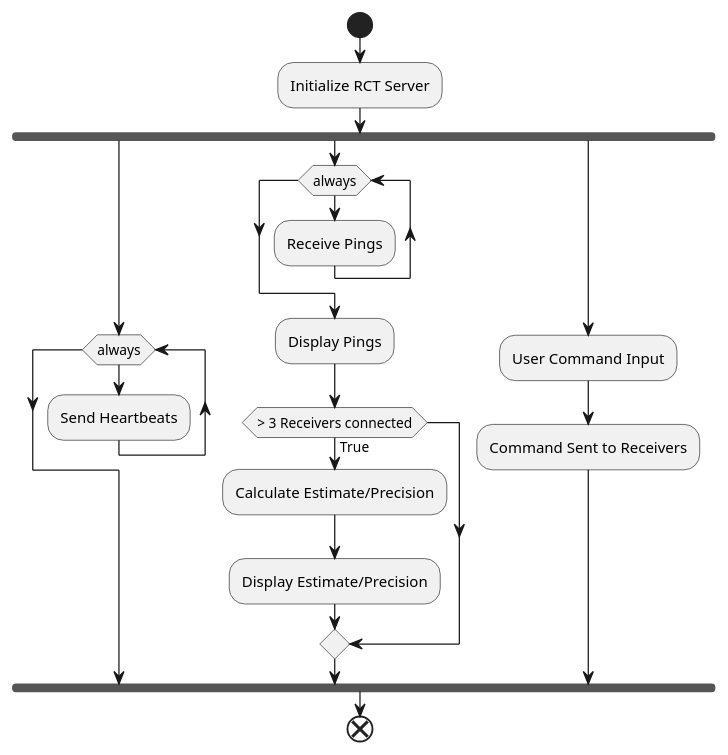
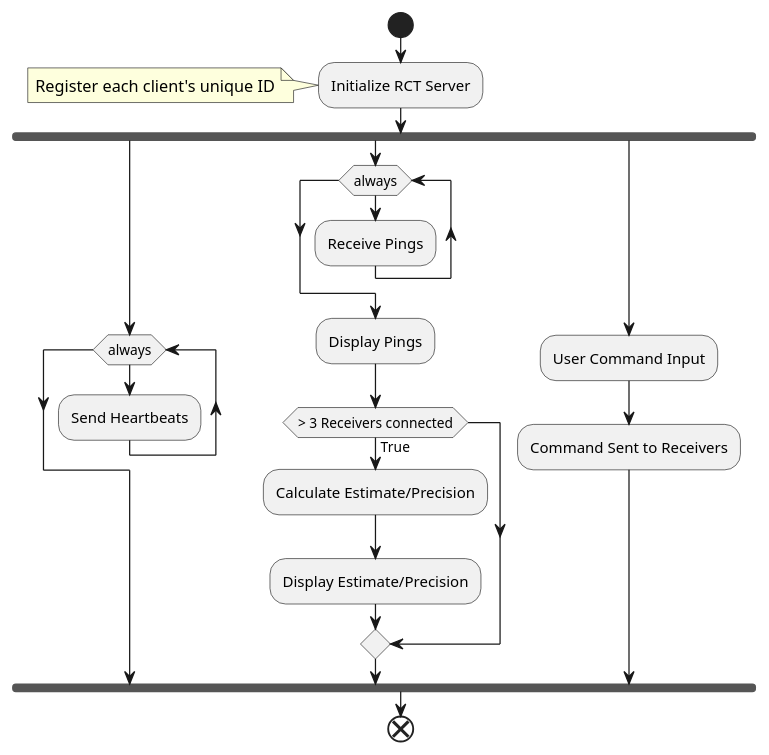
The second of 2 diagrams in systemFlow.puml (UCSD-E4E/radio_collar_tracker_lizardDocs), drawn with PlantUML before and after one commit. The commit also changed other lines of this file, not shown here.

Commit message:
added note clarification to system flow

```diff
--- a/systemFlow.puml
+++ b/systemFlow.puml
@@ -39,25 +41,26 @@
 @startuml RCT GCS Activity Diagram
 
 start
 
 :Initialize RCT Server;
+note left: Register each client's unique ID
 fork
     while(always)
         :Send Heartbeats;
     endwhile
 fork again
     while(always)
         :Receive Pings; 
     endwhile
     :Display Pings;
     if (> 3 Receivers connected) then (True)
         :Calculate Estimate/Precision;
         :Display Estimate/Precision;
     endif
 fork again
     :User Command Input;
     :Command Sent to Receivers;
 end fork
 end
 
 @enduml
```
